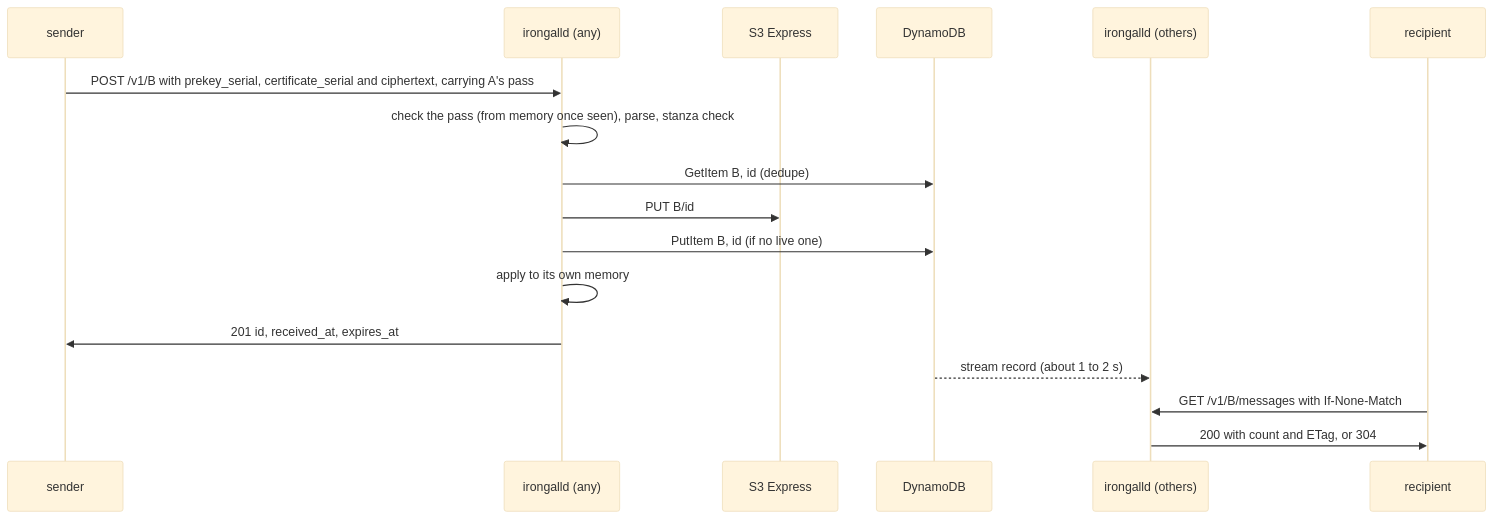
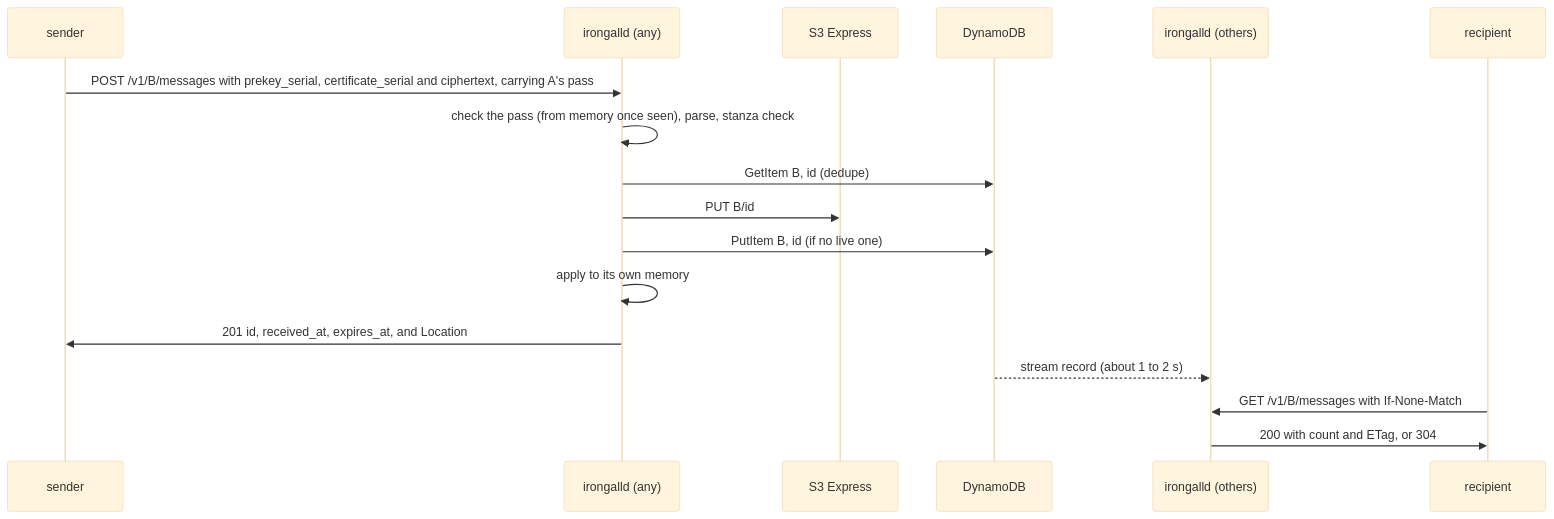
Before and after one commit to IronGall-dev/irongall-server: the second of 2 diagrams in ARCHITECTURE.md, drawn with Mermaid (base theme). The commit also changed other lines of this file and 19 other files, not shown here.

First line of the commit message:
send: POST /v1/<recipient>/messages, with Location; every test held to the API description

````diff
--- a/ARCHITECTURE.md
+++ b/ARCHITECTURE.md
@@ -138,19 +138,19 @@
 ```mermaid
 sequenceDiagram
   participant A as sender
   participant P1 as irongalld (any)
   participant S3 as S3 Express
   participant D as DynamoDB
   participant P2 as irongalld (others)
   participant B as recipient
-  A->>P1: POST /v1/B with prekey_serial, certificate_serial and ciphertext, carrying A's pass
+  A->>P1: POST /v1/B/messages with prekey_serial, certificate_serial and ciphertext, carrying A's pass
   P1->>P1: check the pass (from memory once seen), parse, stanza check
   P1->>D: GetItem B, id (dedupe)
   P1->>S3: PUT B/id
   P1->>D: PutItem B, id (if no live one)
   P1->>P1: apply to its own memory
-  P1->>A: 201 id, received_at, expires_at
+  P1->>A: 201 id, received_at, expires_at, and Location
   D-->>P2: stream record (about 1 to 2 s)
   B->>P2: GET /v1/B/messages with If-None-Match
   P2->>B: 200 with count and ETag, or 304
 ```
````
